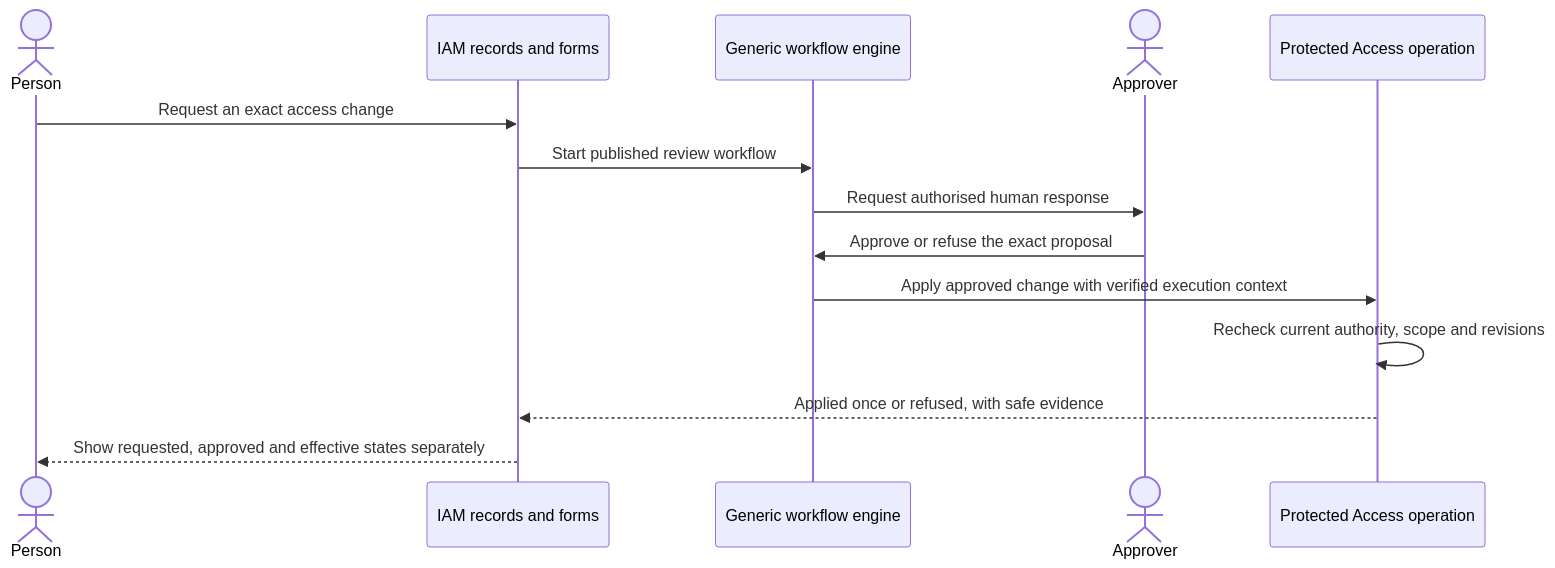
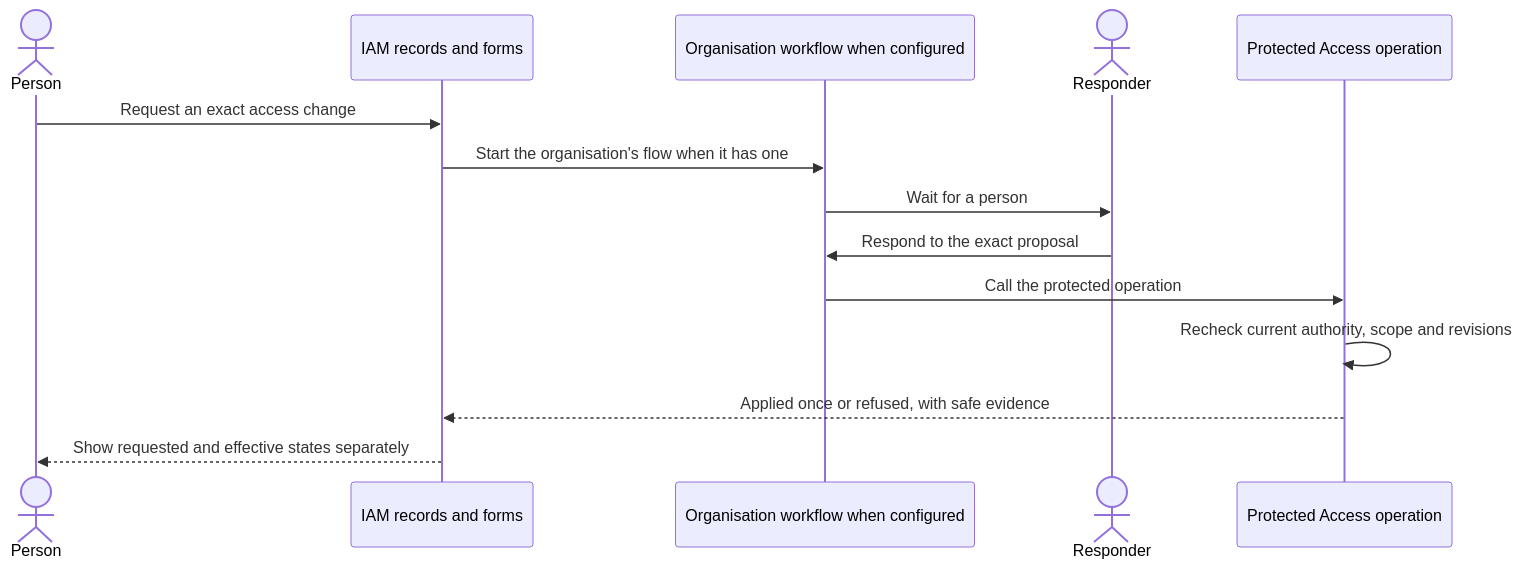
Before and after one commit to Abzum-NZ/Abzum-Vortex: the second of 3 diagrams in docs/specification/appendices/iam-application.md, drawn with Mermaid. The commit also changed other lines of this file and 3 other files, not shown here.

````diff
--- a/docs/specification/appendices/iam-application.md
+++ b/docs/specification/appendices/iam-application.md
@@ -59,16 +61,16 @@
 ```mermaid
 sequenceDiagram
     actor Person
     participant IAM as IAM records and forms
-    participant Workflow as Generic workflow engine
-    actor Approver
+    participant Workflow as Organisation workflow when configured
+    actor Responder
     participant Access as Protected Access operation
     Person->>IAM: Request an exact access change
-    IAM->>Workflow: Start published review workflow
-    Workflow->>Approver: Request authorised human response
-    Approver->>Workflow: Approve or refuse the exact proposal
-    Workflow->>Access: Apply approved change with verified execution context
+    IAM->>Workflow: Start the organisation's flow when it has one
+    Workflow->>Responder: Wait for a person
+    Responder->>Workflow: Respond to the exact proposal
+    Workflow->>Access: Call the protected operation
     Access->>Access: Recheck current authority, scope and revisions
     Access-->>IAM: Applied once or refused, with safe evidence
-    IAM-->>Person: Show requested, approved and effective states separately
+    IAM-->>Person: Show requested and effective states separately
 ```
````
